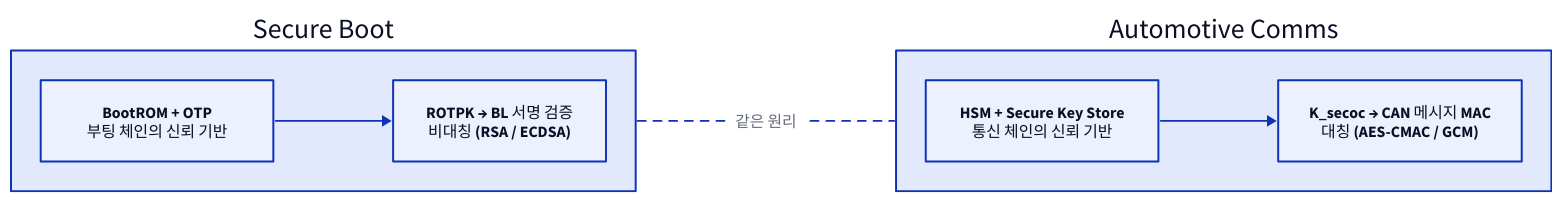
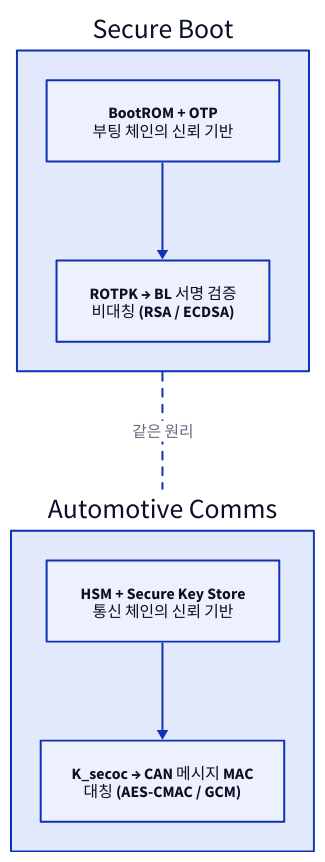
One commit to humbleowl39/DV_SKOOL changed the third of 14 diagrams in topics/automotive_cybersecurity/docs/02_automotive_soc_security.md. Above: the diagram before and after it, drawn with D2. The commit also changed other lines of this file and 90 other files, not shown here.

First line of the commit message:
docs: 전 토픽 다이어그램 정비 — ASCII→D2, mermaid→D2, 과대 D2 가시성 수정

````diff
--- a/topics/automotive_cybersecurity/docs/02_automotive_soc_security.md
+++ b/topics/automotive_cybersecurity/docs/02_automotive_soc_security.md
@@ -193,17 +193,19 @@
 ```d2
-direction: right
+direction: down
 
 SB: "Secure Boot" {
+  direction: down
   SB_ROT: "BootROM + OTP\n부팅 체인의 신뢰 기반"
   SB_KEY: "ROTPK → BL 서명 검증\n비대칭 (RSA / ECDSA)"
   SB_ROT -> SB_KEY
 }
 
 COMM: "Automotive Comms" {
+  direction: down
   C_ROT: "HSM + Secure Key Store\n통신 체인의 신뢰 기반"
   C_KEY: "K_secoc → CAN 메시지 MAC\n대칭 (AES-CMAC / GCM)"
   C_ROT -> C_KEY
 }
 
 SB -- COMM: "같은 원리" { style.stroke-dash: 4 }
 ```
````
